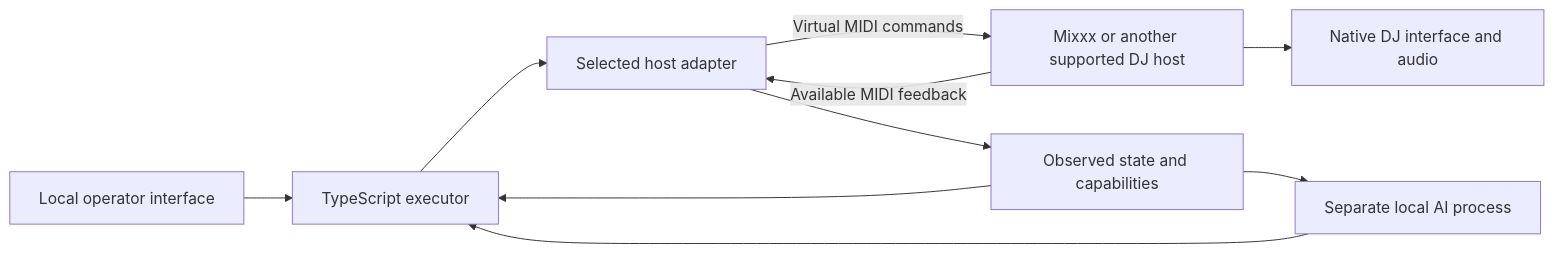
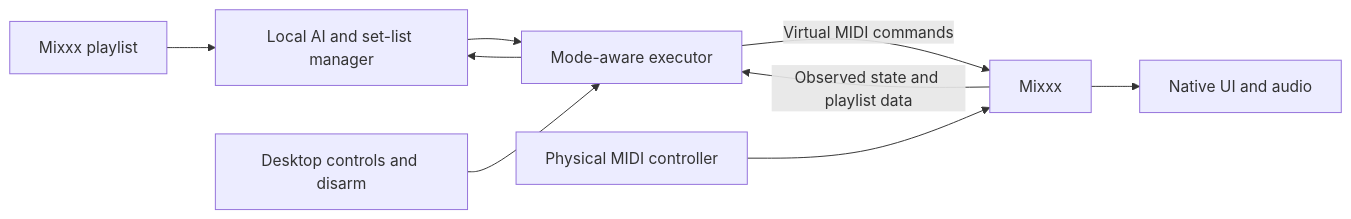
The diagram in docs/ai-dj/HOST-STRATEGY.md (fkservices/mixxx), drawn with Mermaid before and after one commit. The commit also changed other lines of this file and 32 other files, not shown here.

````diff
--- a/docs/ai-dj/HOST-STRATEGY.md
+++ b/docs/ai-dj/HOST-STRATEGY.md
@@ -11,12 +9,11 @@
 ```mermaid
 flowchart LR
-    U[Local operator interface] --> E[TypeScript executor]
-    P[Separate local AI process] --> E
-    E --> A[Selected host adapter]
-    A -->|Virtual MIDI commands| H[Mixxx or another supported DJ host]
-    H -->|Available MIDI feedback| A
-    A --> S[Observed state and capabilities]
-    S --> E
-    S --> P
-    H --> V[Native DJ interface and audio]
+    P[Mixxx playlist] --> S[Local AI and set-list manager]
+    S --> E[Mode-aware executor]
+    U[Desktop controls and disarm] --> E
+    E -->|Virtual MIDI commands| M[Mixxx]
+    M -->|Observed state and playlist data| E
+    E --> S
+    C[Physical MIDI controller] --> M
+    M --> V[Native UI and audio]
 ```
````
